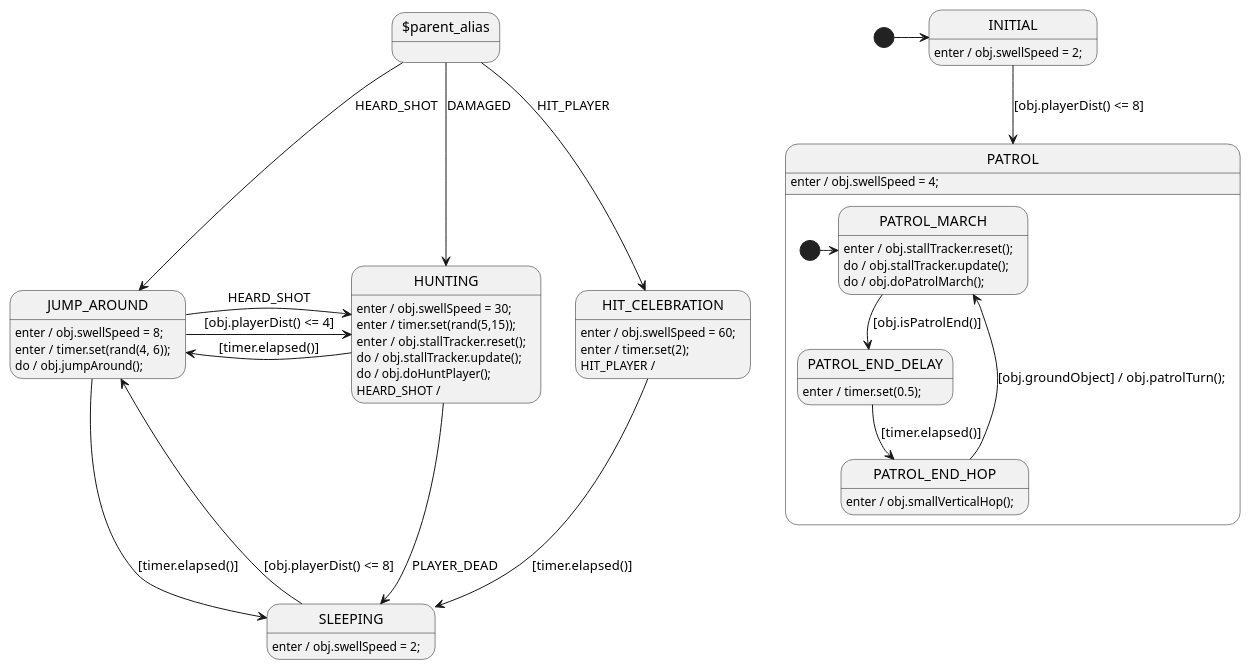
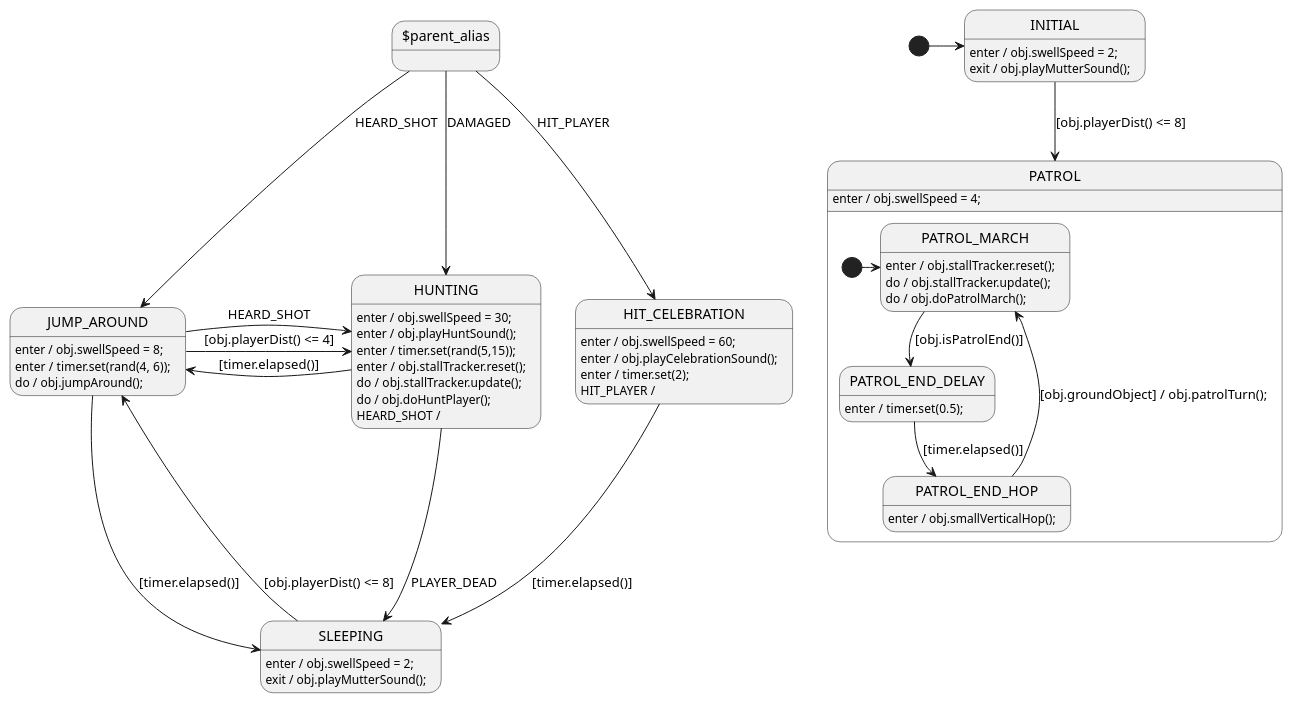
Before and after one commit to adamfk/LittleJS: the diagram in examples/platformer/enemy1/Enemy1Sm.plantuml, drawn with PlantUML. The commit also changed 4 other files, not shown here.

```diff
--- a/examples/platformer/enemy1/Enemy1Sm.plantuml
+++ b/examples/platformer/enemy1/Enemy1Sm.plantuml
@@ -1,92 +1,96 @@
 @startuml Enemy1Sm
 
 ' //////////////////////// STATE ORGANIZATION ///////////////////////
 ' Note: StateSmith treats state names and events as case insensitive.
 ' More info: https://github.com/StateSmith/StateSmith/wiki/PlantUML
 
 state "$parent_alias" as PA
 
 state INITIAL
 state SLEEPING
 
 state PATROL {
     state PATROL_MARCH
     state PATROL_END_DELAY
     state PATROL_END_HOP
     ' state PATROL_END_TURN
     [*] -> PATROL_MARCH
 }
 
 state JUMP_AROUND
 
 state HUNTING
 
 state HIT_CELEBRATION
 
 [*] -> INITIAL
 
 
 ' ///////////////////////// STATE HANDLERS /////////////////////////
 ' Syntax: https://github.com/StateSmith/StateSmith/wiki/Behaviors
 
 PA --> HUNTING: DAMAGED
 PA --> JUMP_AROUND: HEARD_SHOT
 PA --> HIT_CELEBRATION: HIT_PLAYER
 
 INITIAL --> PATROL: [obj.playerDist() <= 8]
 INITIAL: enter / obj.swellSpeed = 2;
+INITIAL: exit / obj.playMutterSound();
 
 SLEEPING: enter / obj.swellSpeed = 2;
 ' SLEEPING: enter / timer.set(rand(5, 10));
 SLEEPING --> JUMP_AROUND: [obj.playerDist() <= 8]
+SLEEPING: exit / obj.playMutterSound();
 
 PATROL: enter / obj.swellSpeed = 4;
 PATROL_MARCH: enter / obj.stallTracker.reset();
 PATROL_MARCH: do / obj.stallTracker.update();
 PATROL_MARCH: do / obj.doPatrolMarch();
 PATROL_MARCH --> PATROL_END_DELAY: [obj.isPatrolEnd()]
 
 PATROL_END_DELAY: enter / timer.set(0.5);
 PATROL_END_DELAY --> PATROL_END_HOP: [timer.elapsed()]
 
 PATROL_END_HOP: enter / obj.smallVerticalHop();
 PATROL_END_HOP --> PATROL_MARCH: [obj.groundObject] / obj.patrolTurn();
 
 HUNTING --> SLEEPING: PLAYER_DEAD
 
 JUMP_AROUND: enter / obj.swellSpeed = 8;
 JUMP_AROUND: enter / timer.set(rand(4, 6));
 JUMP_AROUND: do / obj.jumpAround();
 ' JUMP_AROUND --> SLEEPING: [obj.playerDist() >= 10]
 JUMP_AROUND --> SLEEPING: [timer.elapsed()]
 JUMP_AROUND -r-> HUNTING: [obj.playerDist() <= 4]
 JUMP_AROUND -r-> HUNTING: HEARD_SHOT
 
 HUNTING: enter / obj.swellSpeed = 30;
+HUNTING: enter / obj.playHuntSound();
 HUNTING: enter / timer.set(rand(5,15));
 HUNTING: enter / obj.stallTracker.reset();
 HUNTING: do / obj.stallTracker.update();
 HUNTING: do / obj.doHuntPlayer();
 HUNTING: HEARD_SHOT / 
 HUNTING -l-> JUMP_AROUND: [timer.elapsed()]
 
 HIT_CELEBRATION: enter / obj.swellSpeed = 60;
+HIT_CELEBRATION: enter / obj.playCelebrationSound();
 HIT_CELEBRATION: enter / timer.set(2);
 HIT_CELEBRATION: HIT_PLAYER / 
 HIT_CELEBRATION --> SLEEPING: [timer.elapsed()]
 
 ' //////////////////////// StateSmith config ////////////////////////
 ' The below special comment block sets the StateSmith configuration.
 ' More info: https://github.com/StateSmith/StateSmith/issues/335
 
 /'! $CONFIG : toml
 [SmRunnerSettings]
 transpilerId = "JavaScript"
 
 [RenderConfig]
 AutoExpandedVars = """
     timer: new Timer(0),
     obj: null, // need to set this to instance of Enemy1 before calling start()
     """
 '/
 @enduml
```
